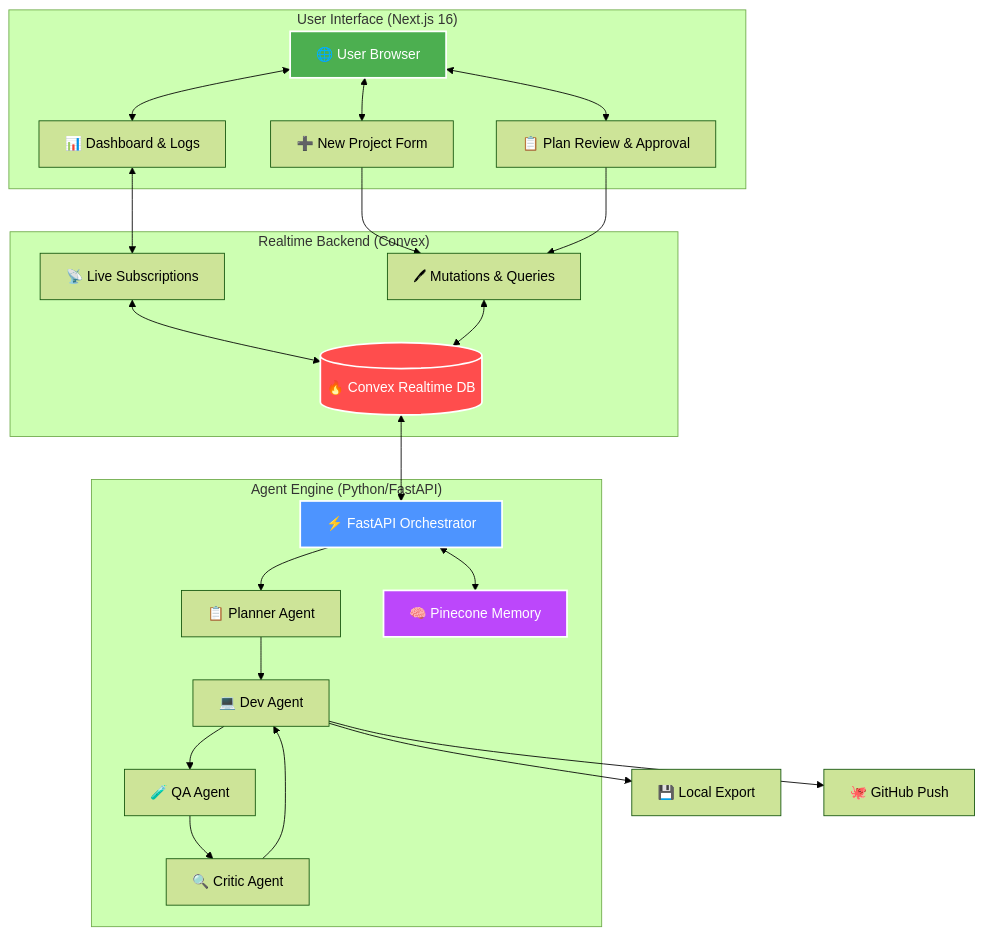
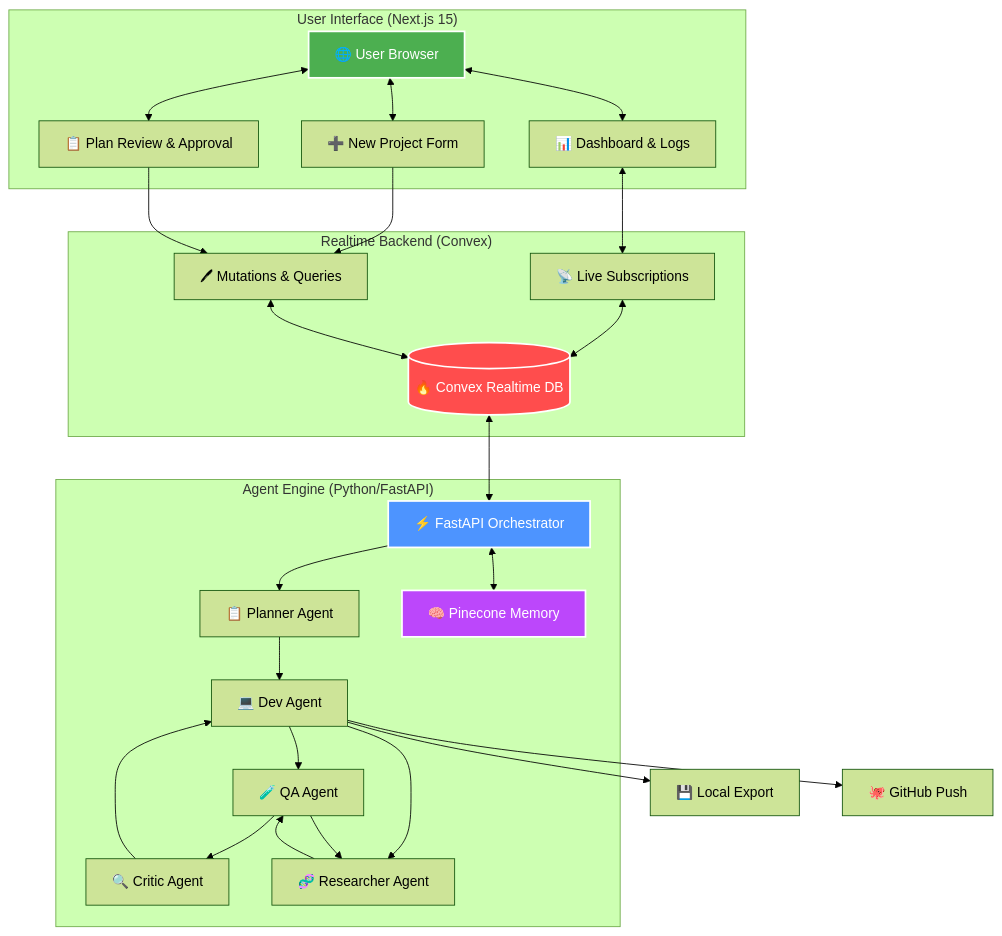
One commit to KolipakaRamesh/AgentForge changed the diagram in README.md. Above: the diagram before and after it, drawn with Mermaid (forest theme). The commit also changed other lines of this file and 13 other files, not shown here.

````diff
--- a/README.md
+++ b/README.md
@@ -44,51 +46,55 @@
 ```mermaid
 graph TB
-    subgraph "User Interface (Next.js 16)"
+    subgraph "User Interface (Next.js 15)"
         Browser["🌐 User Browser"]
         Dashboard["📊 Dashboard & Logs"]
         NewProject["➕ New Project Form"]
         PlanReview["📋 Plan Review & Approval"]
     end
 
     subgraph "Realtime Backend (Convex)"
         DB[("🔥 Convex Realtime DB")]
         Sub["📡 Live Subscriptions"]
         Mut["🖊 Mutations & Queries"]
     end
 
     subgraph "Agent Engine (Python/FastAPI)"
         Orchestrator["⚡ FastAPI Orchestrator"]
         Planner["📋 Planner Agent"]
         Dev["💻 Dev Agent"]
         QA["🧪 QA Agent"]
         Critic["🔍 Critic Agent"]
+        Researcher["🧬 Researcher Agent"]
         Memory["🧠 Pinecone Memory"]
     end
 
     Browser <--> Dashboard
     Browser <--> NewProject
     Browser <--> PlanReview
 
     Dashboard <--> Sub
     NewProject --> Mut
     PlanReview --> Mut
 
     Sub <--> DB
     Mut <--> DB
 
     DB <--> Orchestrator
     Orchestrator --> Planner
     Planner --> Dev
     Dev --> QA
     QA --> Critic
     Critic --> Dev
+    Dev --> Researcher
+    Researcher --> QA
+    QA --> Researcher
     Orchestrator <--> Memory
 
     Dev --> Disk["💾 Local Export"]
     Dev --> GitHub["🐙 GitHub Push"]
 
     style DB fill:#ff4d4d,stroke:#fff,stroke-width:2px,color:#fff
     style Orchestrator fill:#4d94ff,stroke:#fff,stroke-width:2px,color:#fff
     style Memory fill:#bc47fb,stroke:#fff,stroke-width:2px,color:#fff
     style Browser fill:#4caf50,stroke:#fff,stroke-width:2px,color:#fff
 ```
````
